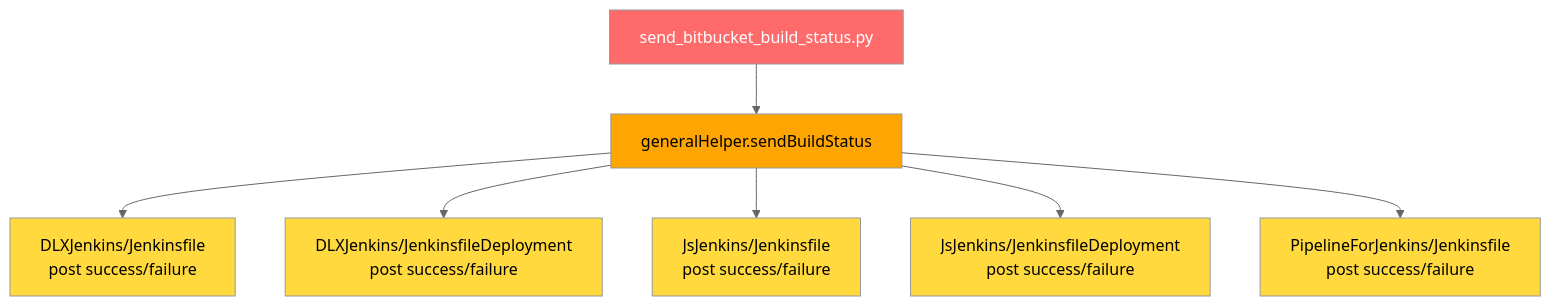
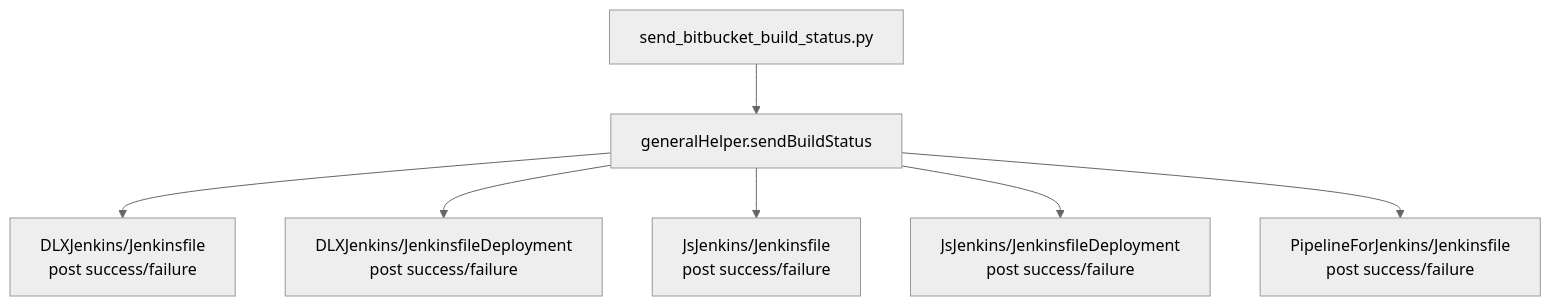
The fourth of 5 diagrams in Voyages/Projects/VARLab-work-transfer/portfolios/devops-jenkins-linux/4-layer-architecture-and-logger-system-integration/problem-analysis/baseline-technical-snapshot.md (JindoKimKor/Self-Binnacle), drawn with Mermaid (neutral theme) before and after one commit. The commit also changed other lines of this file and 138 other files, not shown here.

````diff
--- a/Voyages/Projects/VARLab-work-transfer/portfolios/devops-jenkins-linux/4-layer-architecture-and-logger-system-integration/problem-analysis/baseline-technical-snapshot.md
+++ b/Voyages/Projects/VARLab-work-transfer/portfolios/devops-jenkins-linux/4-layer-architecture-and-logger-system-integration/problem-analysis/baseline-technical-snapshot.md
@@ -472,18 +465,10 @@
 ```mermaid
 flowchart TB
     PY[send_bitbucket_build_status.py]
     PY --> GH[generalHelper.sendBuildStatus]
     GH --> D1[DLXJenkins/Jenkinsfile<br/>post success/failure]
     GH --> D2[DLXJenkins/JenkinsfileDeployment<br/>post success/failure]
     GH --> J1[JsJenkins/Jenkinsfile<br/>post success/failure]
     GH --> J2[JsJenkins/JenkinsfileDeployment<br/>post success/failure]
     GH --> P1[PipelineForJenkins/Jenkinsfile<br/>post success/failure]
-
-    style PY fill:#ff6b6b,color:#fff
-    style GH fill:#ffa502
-    style D1 fill:#ffd93d
-    style D2 fill:#ffd93d
-    style J1 fill:#ffd93d
-    style J2 fill:#ffd93d
-    style P1 fill:#ffd93d
 ```
````
